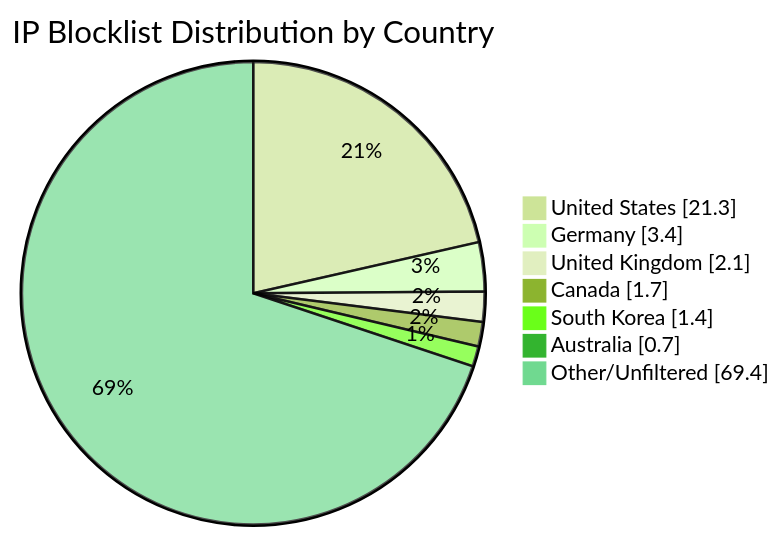
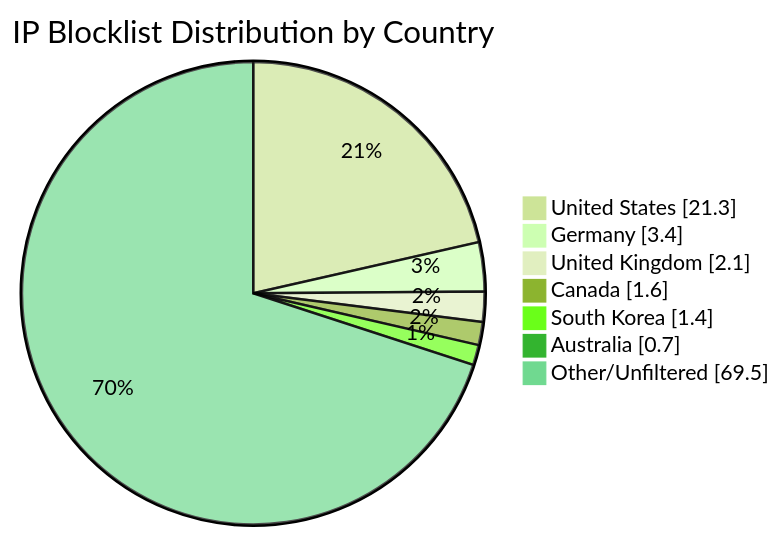
One commit to MarcusHoltz/ipblocklist-geofiltered-aggregator changed the diagram in README.md. Above: the diagram before and after it, drawn with Mermaid (forest theme). The commit also changed other lines of this file and 9 other files, not shown here.

````diff
--- a/README.md
+++ b/README.md
@@ -34,10 +34,10 @@
 ```mermaid
 pie showData title IP Blocklist Distribution by Country
 "United States" : 21.3
 "Germany" : 3.4
 "United Kingdom" : 2.1
-"Canada" : 1.7
+"Canada" : 1.6
 "South Korea" : 1.4
 "Australia" : 0.7
-"Other/Unfiltered" : 69.4
+"Other/Unfiltered" : 69.5
 ```
````
